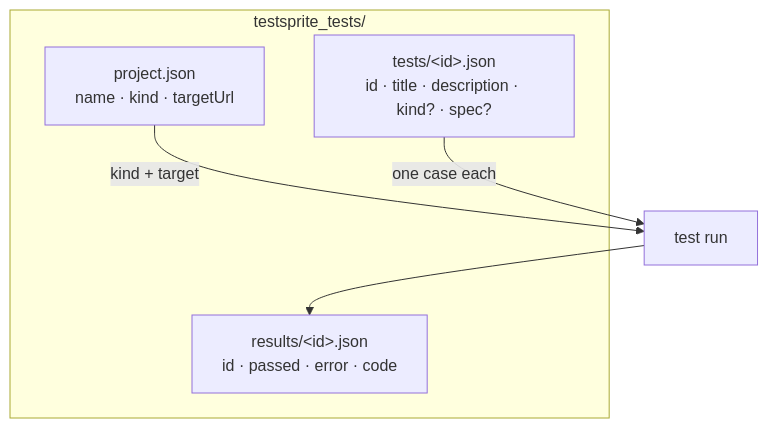
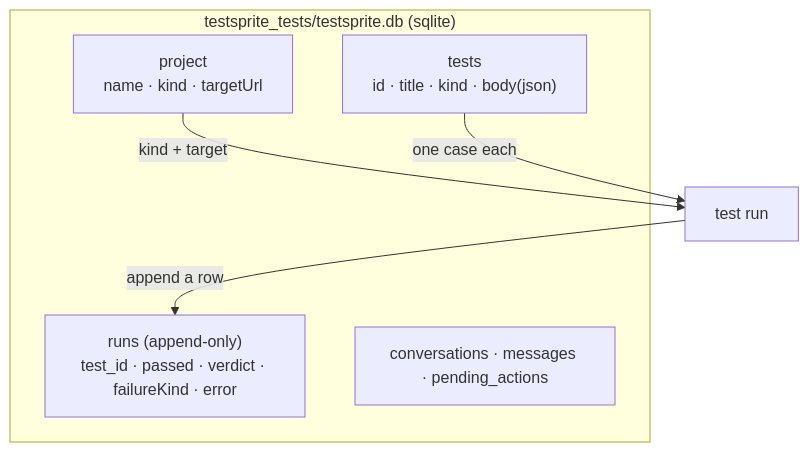
One commit to Miasin-Labs/testsprite-rs changed the second of 3 diagrams in docs/FLOW.md. Above: the diagram before and after it, drawn with Mermaid. The commit also changed other lines of this file and 9 other files, not shown here.

First line of the commit message:
feat(agent): conversational test agent over the SQLite pipeline (MCP + CLI)

````diff
--- a/docs/FLOW.md
+++ b/docs/FLOW.md
@@ -38,11 +41,12 @@
 ```mermaid
 flowchart TB
-  subgraph fs["testsprite_tests/"]
-    PJ["project.json<br/>name · kind · targetUrl"]
-    T["tests/&lt;id&gt;.json<br/>id · title · description · kind? · spec?"]
-    RS["results/&lt;id&gt;.json<br/>id · passed · error · code"]
+  subgraph fs["testsprite_tests/testsprite.db (sqlite)"]
+    PJ["project<br/>name · kind · targetUrl"]
+    T["tests<br/>id · title · kind · body(json)"]
+    RS["runs (append-only)<br/>test_id · passed · verdict · failureKind · error"]
+    CV["conversations · messages · pending_actions"]
   end
   PJ -->|kind + target| RUN["test run"]
   T -->|one case each| RUN
-  RUN --> RS
+  RUN -->|append a row| RS
 ```
````
